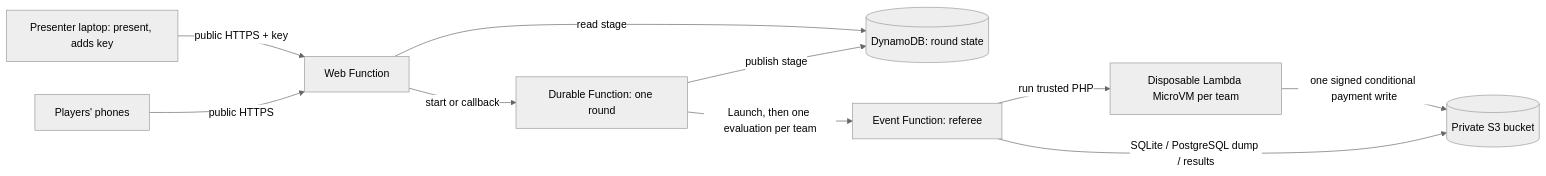
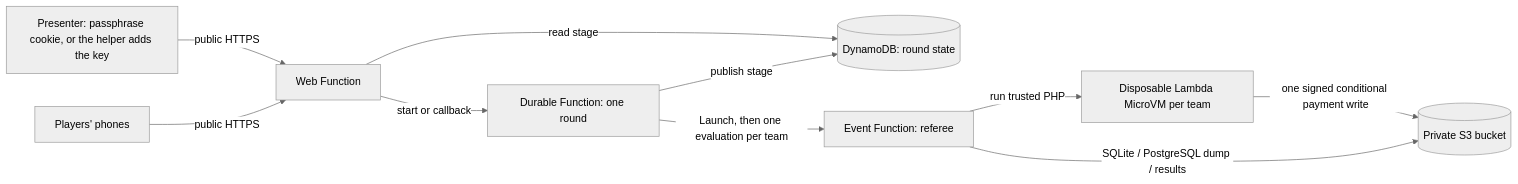
The diagram in docs/processes/aws-rehearsal.md (grumpydevorg/blackfriday), drawn with Mermaid (neutral theme) before and after one commit. The commit also changed other lines of this file and 10 other files, not shown here.

First line of the commit message:
feat(round): presenter passphrase sign-in on /host, beside the presenter key

````diff
--- a/docs/processes/aws-rehearsal.md
+++ b/docs/processes/aws-rehearsal.md
@@ -91,12 +122,12 @@
 ```mermaid
 flowchart LR
   Ph[Players' phones] -->|public HTTPS| W[Web Function]
-  P[Presenter laptop: present, adds key] -->|public HTTPS + key| W
+  P[Presenter: passphrase cookie, or the helper adds the key] -->|public HTTPS| W
   W -->|start or callback| D[Durable Function: one round]
   D -->|publish stage| T[(DynamoDB: round state)]
   W -->|read stage| T
   D -->|Launch, then one evaluation per team| E[Event Function: referee]
   E -->|run trusted PHP| M[Disposable Lambda MicroVM per team]
   E -->|SQLite / PostgreSQL dump / results| S[(Private S3 bucket)]
   M -->|one signed conditional payment write| S
 ```
````
